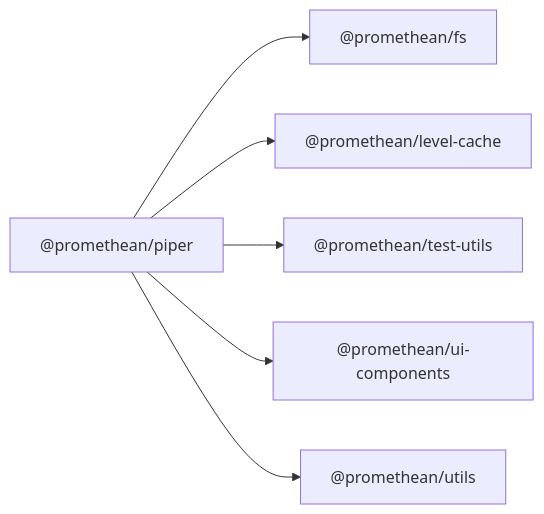
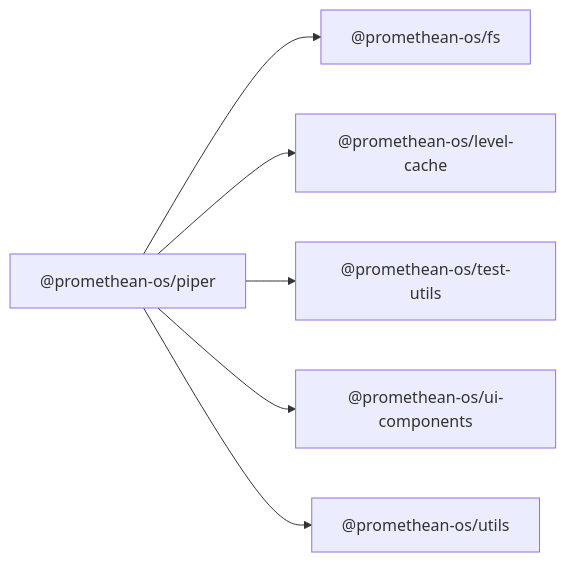
The diagram in docs/packages/piper/README.md (octave-commons/promethean), drawn with Mermaid before and after one commit. The commit also changed other lines of this file and 1753 other files, not shown here.

````diff
--- a/docs/packages/piper/README.md
+++ b/docs/packages/piper/README.md
@@ -14,19 +14,19 @@
 ```mermaid
 graph LR
-  A["@promethean/piper"]
-  D1["@promethean/fs"]
-  D2["@promethean/level-cache"]
-  D3["@promethean/test-utils"]
-  D4["@promethean/ui-components"]
-  D5["@promethean/utils"]
-  A --> D1["@promethean/fs"]
-  A --> D2["@promethean/level-cache"]
-  A --> D3["@promethean/test-utils"]
-  A --> D4["@promethean/ui-components"]
-  A --> D5["@promethean/utils"]
-  click D1 "../fs/README.md" "@promethean/fs"
-  click D2 "../level-cache/README.md" "@promethean/level-cache"
-  click D3 "../test-utils/README.md" "@promethean/test-utils"
-  click D4 "../ui-components/README.md" "@promethean/ui-components"
-  click D5 "../utils/README.md" "@promethean/utils"
+  A["@promethean-os/piper"]
+  D1["@promethean-os/fs"]
+  D2["@promethean-os/level-cache"]
+  D3["@promethean-os/test-utils"]
+  D4["@promethean-os/ui-components"]
+  D5["@promethean-os/utils"]
+  A --> D1["@promethean-os/fs"]
+  A --> D2["@promethean-os/level-cache"]
+  A --> D3["@promethean-os/test-utils"]
+  A --> D4["@promethean-os/ui-components"]
+  A --> D5["@promethean-os/utils"]
+  click D1 "../fs/README.md" "@promethean-os/fs"
+  click D2 "../level-cache/README.md" "@promethean-os/level-cache"
+  click D3 "../test-utils/README.md" "@promethean-os/test-utils"
+  click D4 "../ui-components/README.md" "@promethean-os/ui-components"
+  click D5 "../utils/README.md" "@promethean-os/utils"
 ```
````
